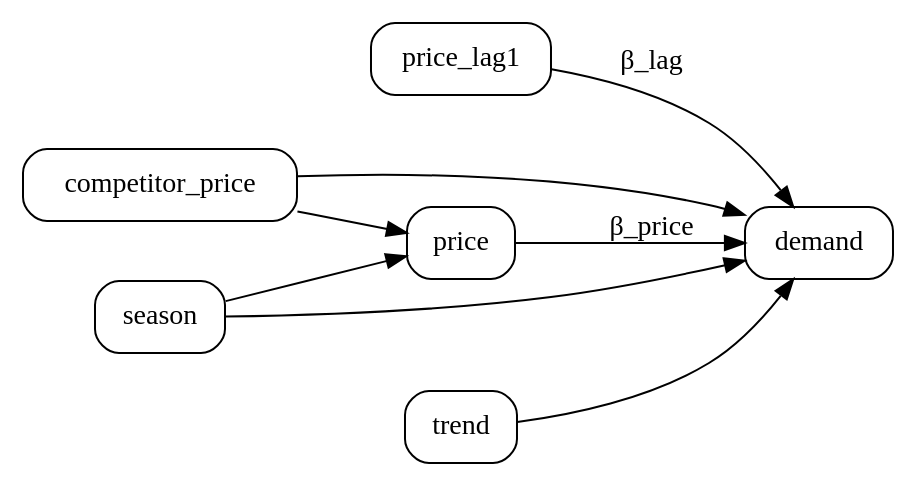
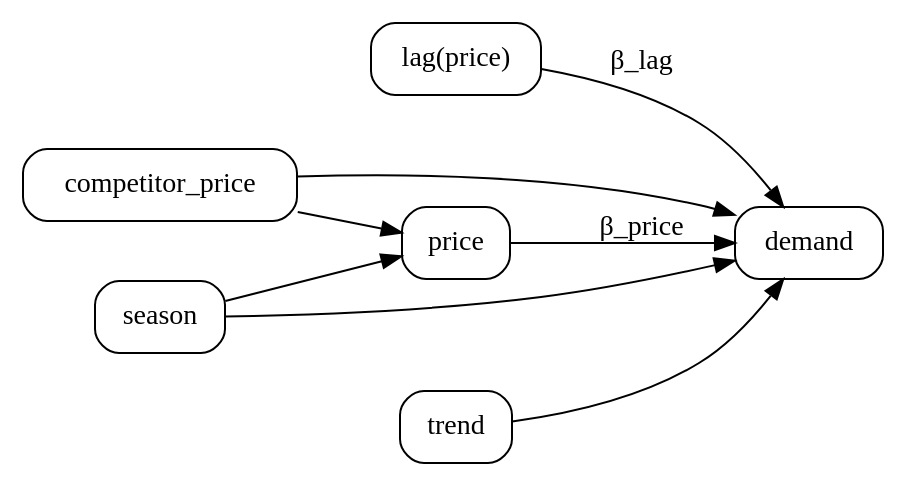
One commit to pymc-labs/pathmc changed the second of 2 diagrams in docs/examples/dynamic_pricing.qmd. Above: the diagram before and after it, drawn with Graphviz. The commit also changed other lines of this file and 8 other files, not shown here.

````diff
--- a/docs/examples/dynamic_pricing.qmd
+++ b/docs/examples/dynamic_pricing.qmd
@@ -60,17 +60,17 @@
 ```{dot}
 //| label: fig-dag-full
 //| fig-cap: "Full pricing DAG with lagged effects and confounders. Current demand depends on the current price, last week's price (lagged response), competitor pricing, and seasonality. Each region has its own price sensitivity (random slopes)."
 //| fig-width: 6
 digraph {
   rankdir=LR
   node [shape=box, style=rounded]
 
   price -> demand [label="  β_price"]
-  price_lag1 -> demand [label="  β_lag"]
+  "lag(price)" -> demand [label="  β_lag"]
   competitor_price -> demand
   competitor_price -> price
   season -> demand
   season -> price
   trend -> demand
 }
 ```
````
